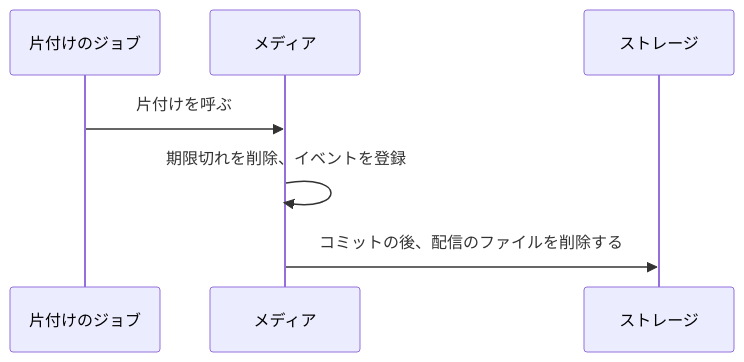
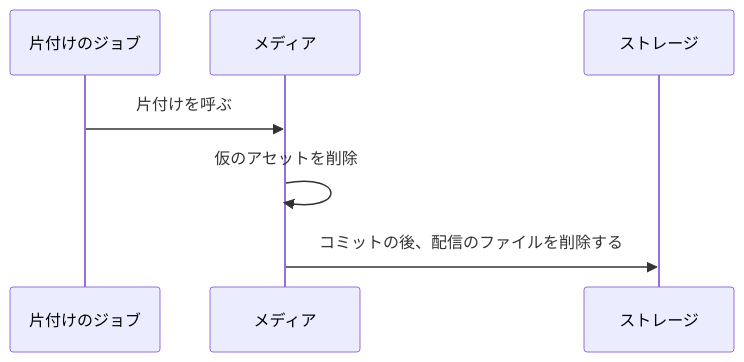
Before and after one commit to roger88106/ec-site: the fourth of 4 diagrams in docs/02-設計/media.md, drawn with Mermaid. The commit also changed other lines of this file and 6 other files, not shown here.

````diff
--- a/docs/02-設計/media.md
+++ b/docs/02-設計/media.md
@@ -83,9 +95,9 @@
 ```mermaid
 sequenceDiagram
     participant J as 片付けのジョブ
     participant M as メディア
     participant S as ストレージ
     J->>M: 片付けを呼ぶ
-    M->>M: 期限切れを削除、イベントを登録
+    M->>M: 仮のアセットを削除
     M->>S: コミットの後、配信のファイルを削除する
 ```
````
